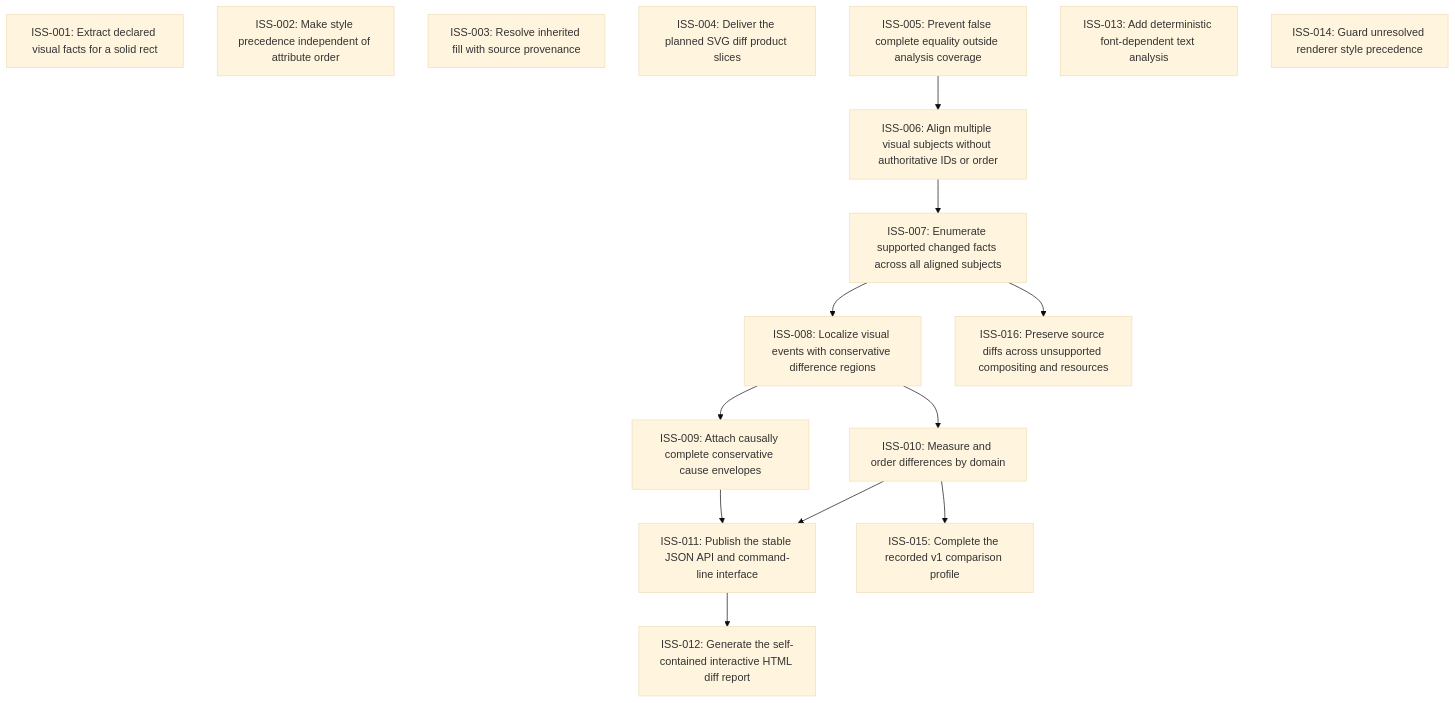
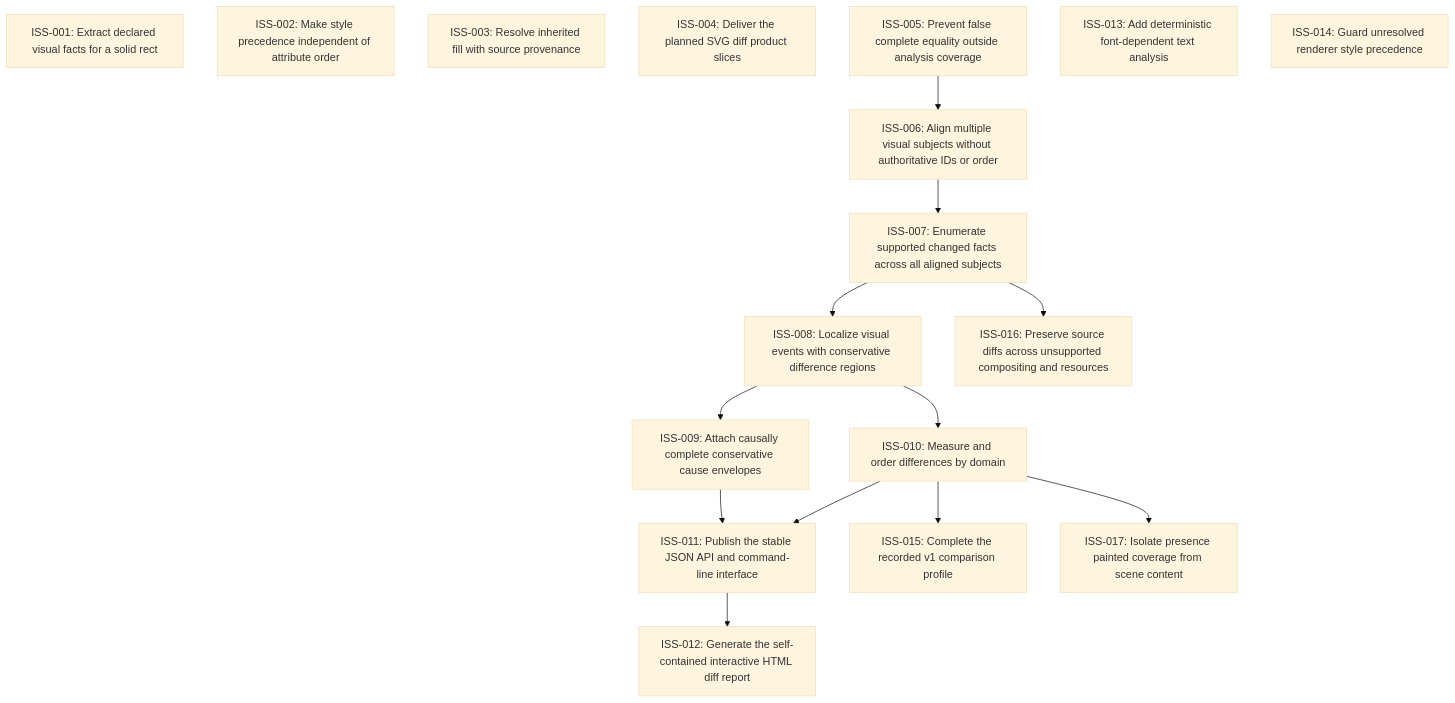
Before and after one commit to moonbit-community/svgdiff: the diagram in issues/README.md, drawn with Mermaid (base theme). The commit also changed 3 other files, not shown here.

Commit message:
Isolate SVG presence coverage rendering

````diff
--- a/issues/README.md
+++ b/issues/README.md
@@ -19,29 +19,31 @@
 ```mermaid
 graph TD
   ISS_001["ISS-001: Extract declared visual facts for a solid rect"]
   ISS_002["ISS-002: Make style precedence independent of attribute order"]
   ISS_003["ISS-003: Resolve inherited fill with source provenance"]
   ISS_004["ISS-004: Deliver the planned SVG diff product slices"]
   ISS_005["ISS-005: Prevent false complete equality outside analysis coverage"]
   ISS_006["ISS-006: Align multiple visual subjects without authoritative IDs or order"]
   ISS_007["ISS-007: Enumerate supported changed facts across all aligned subjects"]
   ISS_008["ISS-008: Localize visual events with conservative difference regions"]
   ISS_009["ISS-009: Attach causally complete conservative cause envelopes"]
   ISS_010["ISS-010: Measure and order differences by domain"]
   ISS_011["ISS-011: Publish the stable JSON API and command-line interface"]
   ISS_012["ISS-012: Generate the self-contained interactive HTML diff report"]
   ISS_013["ISS-013: Add deterministic font-dependent text analysis"]
   ISS_014["ISS-014: Guard unresolved renderer style precedence"]
   ISS_015["ISS-015: Complete the recorded v1 comparison profile"]
   ISS_016["ISS-016: Preserve source diffs across unsupported compositing and resources"]
+  ISS_017["ISS-017: Isolate presence painted coverage from scene content"]
   ISS_005 --> ISS_006
   ISS_006 --> ISS_007
   ISS_007 --> ISS_008
   ISS_008 --> ISS_009
   ISS_008 --> ISS_010
   ISS_009 --> ISS_011
   ISS_010 --> ISS_011
   ISS_011 --> ISS_012
   ISS_010 --> ISS_015
   ISS_007 --> ISS_016
+  ISS_010 --> ISS_017
 ```
````
